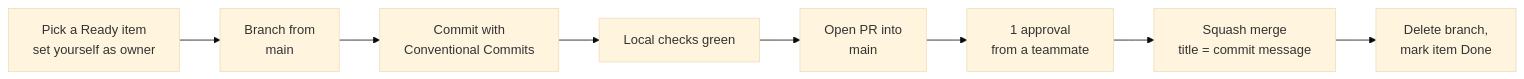
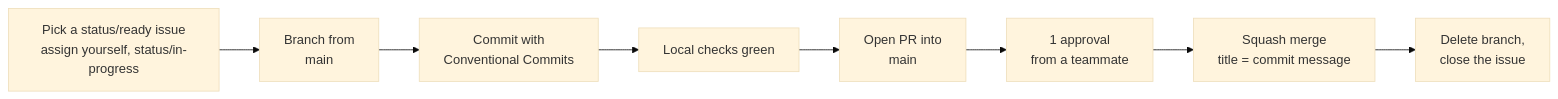
Before and after one commit to 42-UNIX-CLUB/vclubroom: the second of 2 diagrams in CONTRIBUTING.md, drawn with Mermaid (base theme). The commit also changed other lines of this file and 1 other file, not shown here.

````diff
--- a/CONTRIBUTING.md
+++ b/CONTRIBUTING.md
@@ -134,10 +135,10 @@
 ```mermaid
 flowchart LR
-    A[Pick a Ready item<br/>set yourself as owner] --> B[Branch from<br/>main]
+    A[Pick a status/ready issue<br/>assign yourself, status/in-progress] --> B[Branch from<br/>main]
     B --> C[Commit with<br/>Conventional Commits]
     C --> D[Local checks green]
     D --> E[Open PR into<br/>main]
     E --> F[1 approval<br/>from a teammate]
     F --> G[Squash merge<br/>title = commit message]
-    G --> H[Delete branch,<br/>mark item Done]
+    G --> H[Delete branch,<br/>close the issue]
 ```
````
